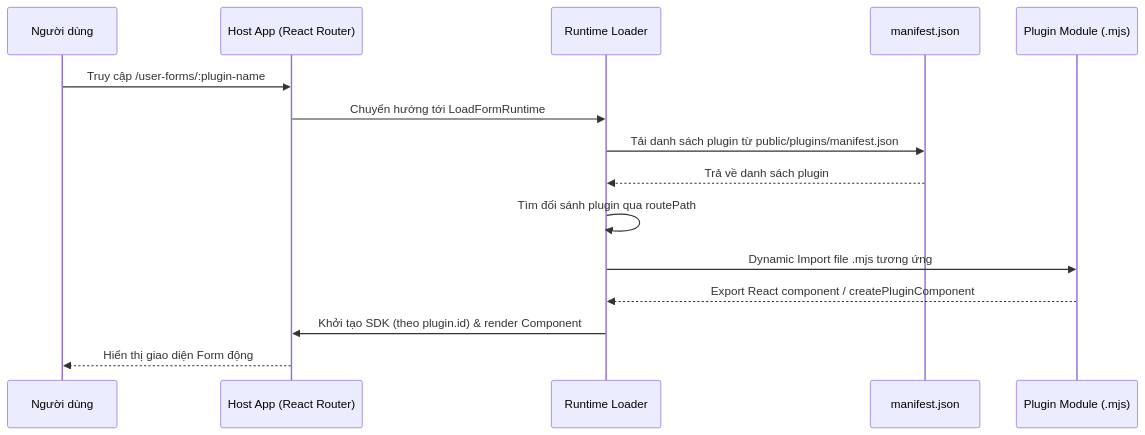
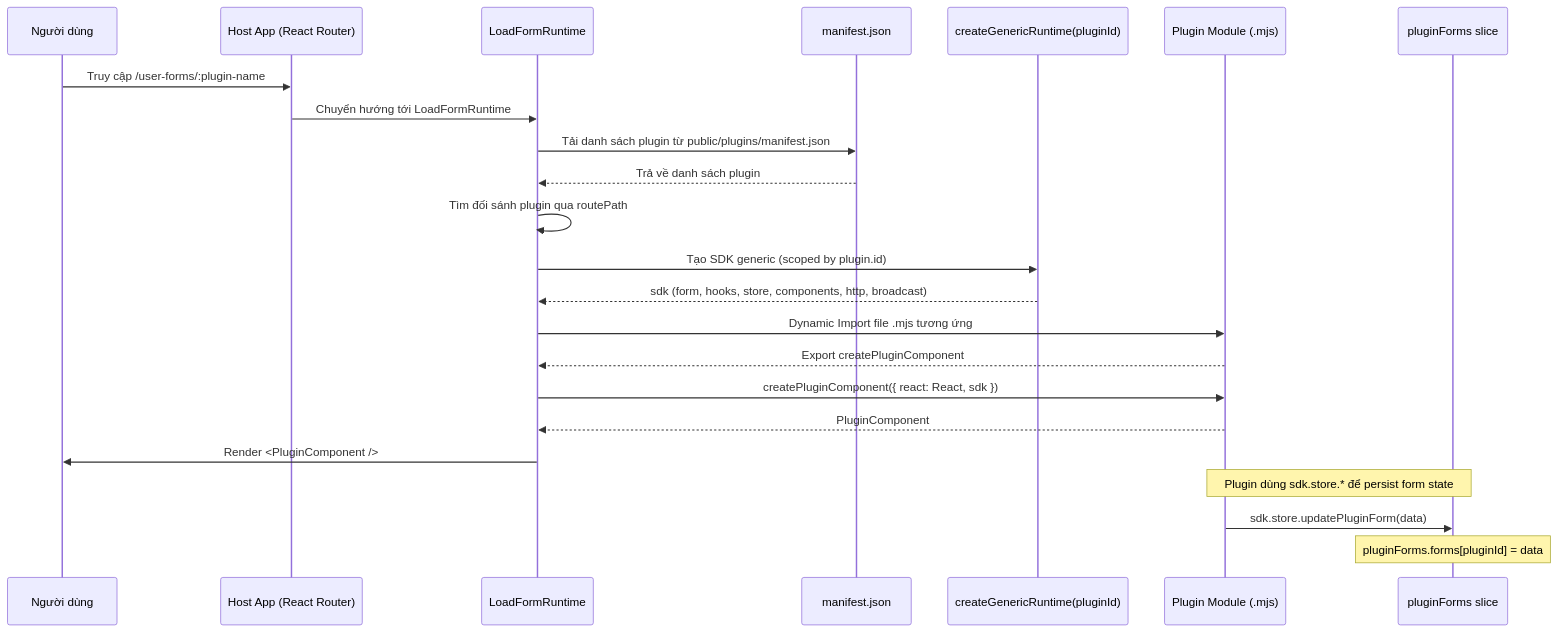
The diagram in docs/agents.md (DucQuoc298/BKG-001-WA-ADMIN), drawn with Mermaid before and after one commit. The commit also changed other lines of this file and 21 other files, not shown here.

Commit message:
feat: implement plugin form state management with Redux and react-hook-form sync support, change type from per-plugin coupled to  fully independent generic architecture

````diff
--- a/docs/agents.md
+++ b/docs/agents.md
@@ -88,18 +90,27 @@
 ```mermaid
 sequenceDiagram
     participant User as Người dùng
     participant Host as Host App (React Router)
-    participant Loader as Runtime Loader
+    participant Loader as LoadFormRuntime
     participant Manifest as manifest.json
+    participant Factory as createGenericRuntime(pluginId)
     participant Module as Plugin Module (.mjs)
+    participant Redux as pluginForms slice
     
     User->>Host: Truy cập /user-forms/:plugin-name
     Host->>Loader: Chuyển hướng tới LoadFormRuntime
     Loader->>Manifest: Tải danh sách plugin từ public/plugins/manifest.json
     Manifest-->>Loader: Trả về danh sách plugin
     Loader->>Loader: Tìm đối sánh plugin qua routePath
+    Loader->>Factory: Tạo SDK generic (scoped by plugin.id)
+    Factory-->>Loader: sdk (form, hooks, store, components, http, broadcast)
     Loader->>Module: Dynamic Import file .mjs tương ứng
-    Module-->>Loader: Export React component / createPluginComponent
-    Loader->>Host: Khởi tạo SDK (theo plugin.id) & render Component
-    Host-->>User: Hiển thị giao diện Form động
+    Module-->>Loader: Export createPluginComponent
+    Loader->>Module: createPluginComponent({ react: React, sdk })
+    Module-->>Loader: PluginComponent
+    Loader->>User: Render <PluginComponent />
+    
+    Note over Module,Redux: Plugin dùng sdk.store.* để persist form state
+    Module->>Redux: sdk.store.updatePluginForm(data)
+    Note over Redux: pluginForms.forms[pluginId] = data
 ```
````
